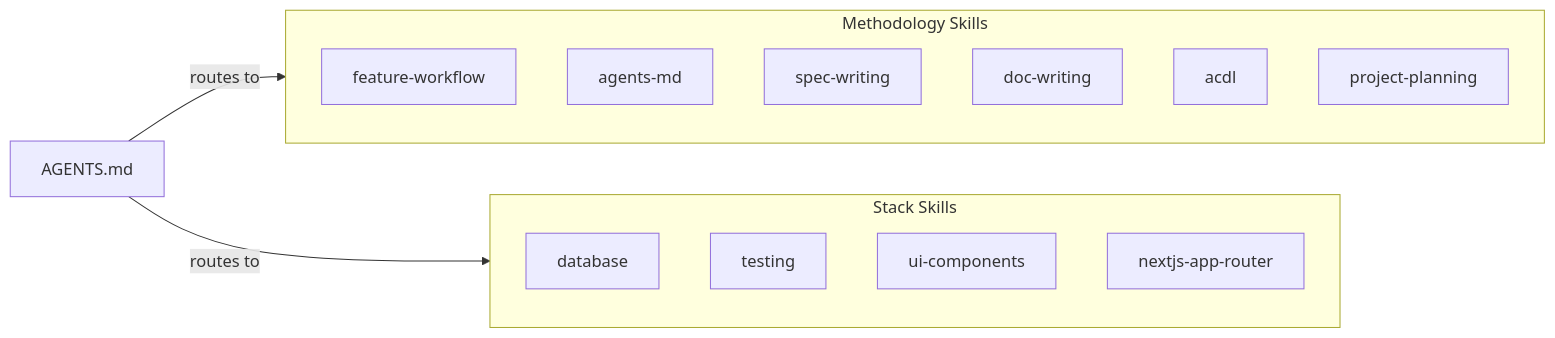
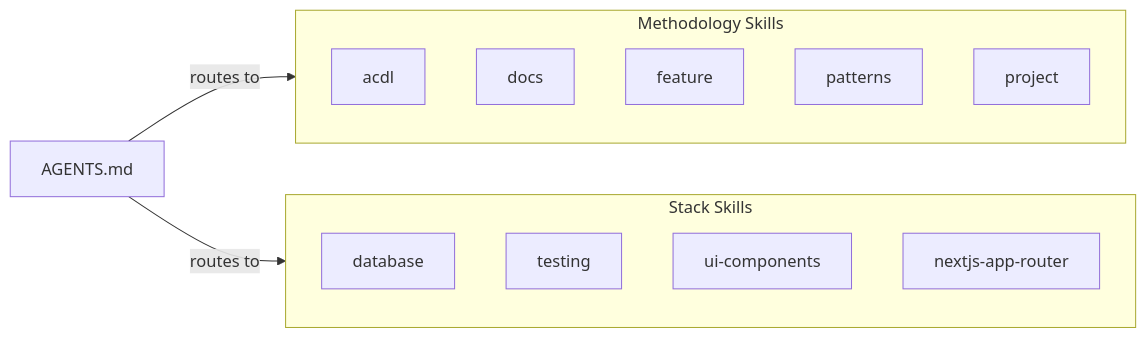
One commit to SergiuSavva/ai-context-docs-lifecycle changed the first of 2 diagrams in content/guides/skills-catalog.md. Above: the diagram before and after it, drawn with Mermaid. The commit also changed other lines of this file and 69 other files, not shown here.

First line of the commit message:
Add GSD-inspired workflow improvements: deviation rules, goal-backward criteria, anti-patterns

````diff
--- a/content/guides/skills-catalog.md
+++ b/content/guides/skills-catalog.md
@@ -9,21 +9,20 @@
 ```mermaid
 flowchart LR
     subgraph methodology [Methodology Skills]
-        FW["feature-workflow"]
-        AM["agents-md"]
-        SW["spec-writing"]
-        DW["doc-writing"]
         AC["acdl"]
-        PP["project-planning"]
+        DO["docs"]
+        FE["feature"]
+        PA["patterns"]
+        PR["project"]
     end
 
     subgraph stack [Stack Skills]
         DB["database"]
         TS["testing"]
         UI["ui-components"]
         NX["nextjs-app-router"]
     end
 
     AGENTS["AGENTS.md"] -->|"routes to"| methodology
     AGENTS -->|"routes to"| stack
 ```
````
